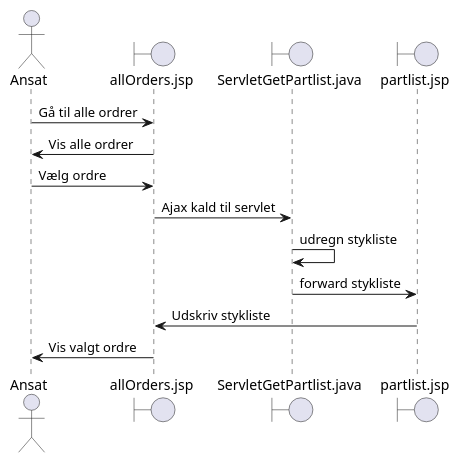
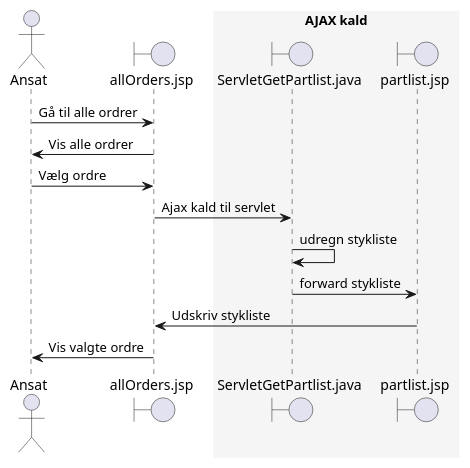
The diagram in src/main/java/UML/SequenceDiagram_InspectOrder.puml (NikolajX4000/Sem2Exam), drawn with PlantUML before and after one commit.

Commit message:
Flere stips

```diff
--- a/src/main/java/UML/SequenceDiagram_InspectOrder.puml
+++ b/src/main/java/UML/SequenceDiagram_InspectOrder.puml
@@ -1,18 +1,30 @@
 @startuml
 
 actor Ansat
 boundary "allOrders.jsp" as AO
 boundary "ServletGetPartlist.java" as ajax
 boundary "partlist.jsp" as PL
 
 
+skinparam sequence {
+
+    BoxBorderColor none
+    BoxBackgroundColor whitesmoke
+
+}
+
+box "AJAX kald" 
+participant ajax
+participant PL
+end box
+
 Ansat -> AO : Gå til alle ordrer
 AO -> Ansat : Vis alle ordrer
 Ansat -> AO : Vælg ordre
 AO -> ajax  : Ajax kald til servlet
 ajax -> ajax: udregn stykliste
 ajax -> PL  : forward stykliste
 PL -> AO    : Udskriv stykliste
-AO -> Ansat : Vis valgt ordre
+AO -> Ansat : Vis valgte ordre
 
 @enduml
```
